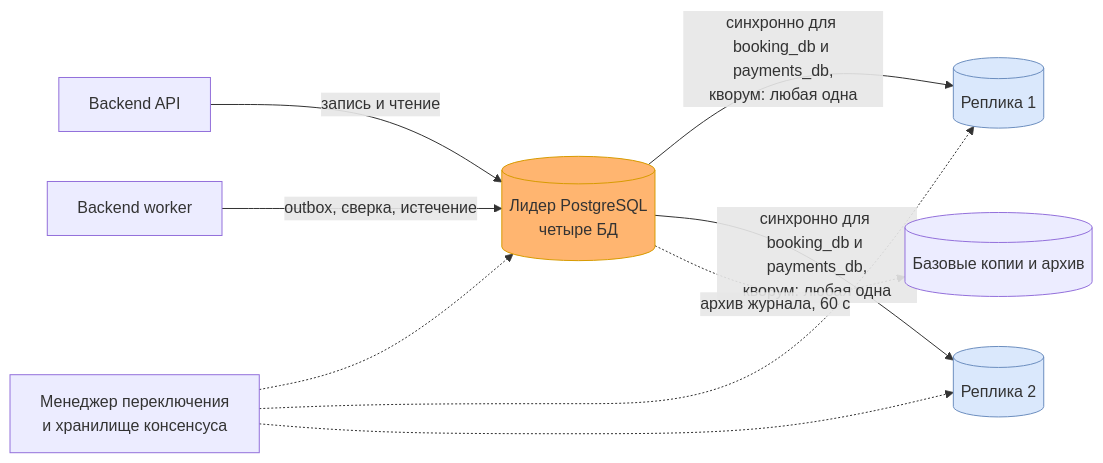
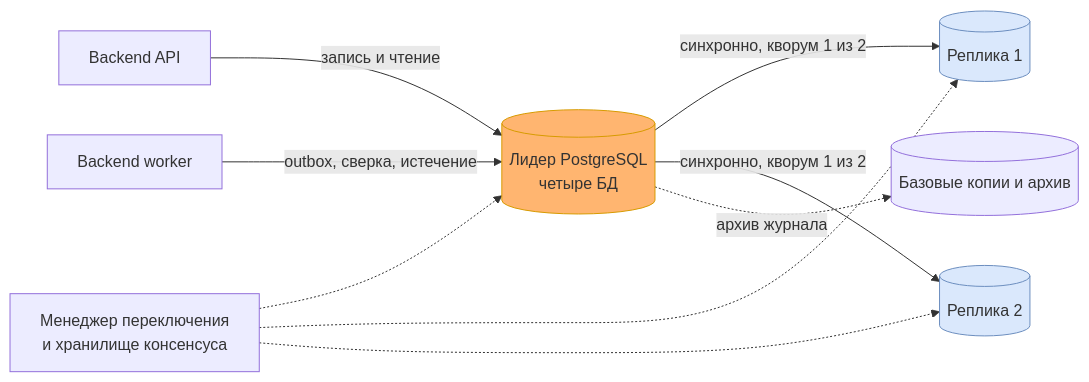
One commit to TIR44/event-ticket-booking changed the second of 2 diagrams in docs/data-scaling.md. Above: the diagram before and after it, drawn with Mermaid. The commit also changed other lines of this file and 1 other file, not shown here.

Commit message:
Укоротил подписи схемы реплик и развернул итоговую схему по вертикали
Подписи рёбер синхронной репликации и архива налезали друг на друга,
а горизонтальная итоговая схема выходила слишком мелкой. Режим
репликации по базам вынес в пояснение под схемой.

````diff
--- a/docs/data-scaling.md
+++ b/docs/data-scaling.md
@@ -101,14 +101,14 @@
 ```mermaid
 flowchart LR
     API["Backend API"] -->|"запись и чтение"| L[("Лидер PostgreSQL<br/>четыре БД")]
     W["Backend worker"] -->|"outbox, сверка, истечение"| L
-    L -->|"синхронно для booking_db и payments_db,<br/>кворум: любая одна"| R1[("Реплика 1")]
-    L -->|"синхронно для booking_db и payments_db,<br/>кворум: любая одна"| R2[("Реплика 2")]
+    L -->|"синхронно, кворум 1 из 2"| R1[("Реплика 1")]
+    L -->|"синхронно, кворум 1 из 2"| R2[("Реплика 2")]
     M["Менеджер переключения<br/>и хранилище консенсуса"] -.-> L
     M -.-> R1
     M -.-> R2
-    L -.->|"архив журнала, 60 с"| B[("Базовые копии и архив")]
+    L -.->|"архив журнала"| B[("Базовые копии и архив")]
     style L fill:#FFB570,stroke:#D79B00
     style R1 fill:#DAE8FC,stroke:#6C8EBF
     style R2 fill:#DAE8FC,stroke:#6C8EBF
 ```
````
